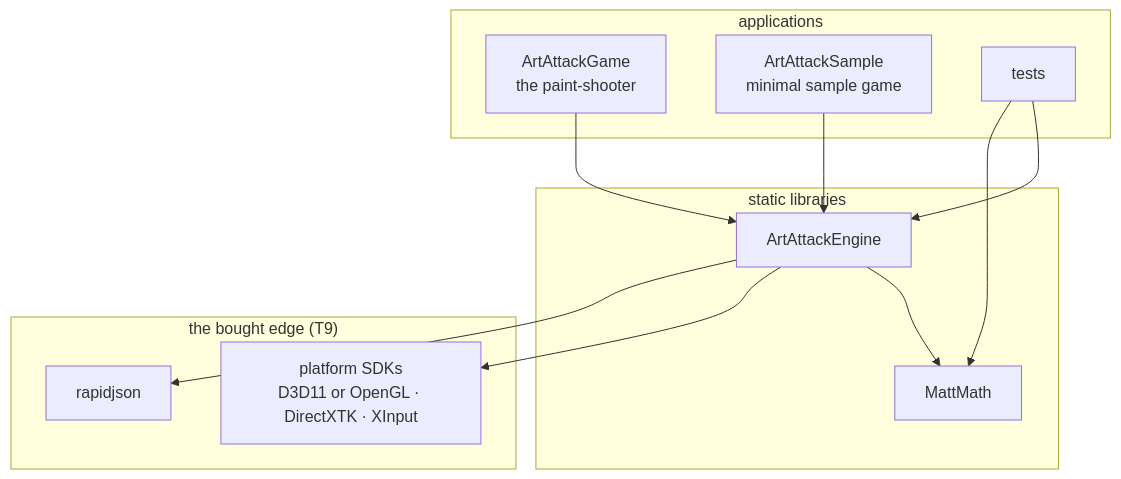
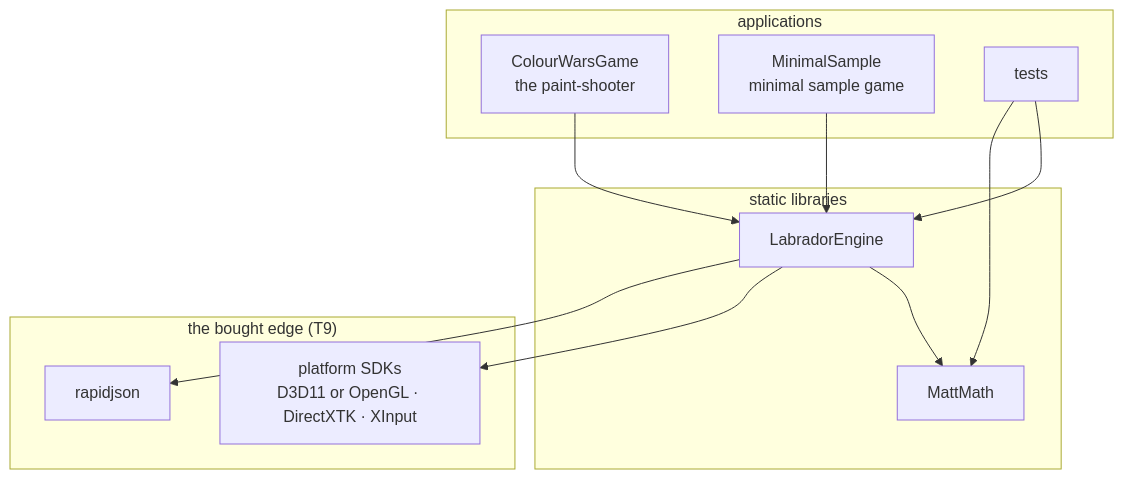
Before and after one commit to matt439/Labrador: the first of 2 diagrams in docs/design/ARCHITECTURE.md, drawn with Mermaid. The commit also changed other lines of this file and 220 other files, not shown here.

````diff
--- a/docs/design/ARCHITECTURE.md
+++ b/docs/design/ARCHITECTURE.md
@@ -43,23 +43,23 @@
 ```mermaid
 flowchart TD
     subgraph apps["applications"]
-        game["ArtAttackGame<br/>the paint-shooter"]
-        sample["ArtAttackSample<br/>minimal sample game"]
+        game["ColourWarsGame<br/>the paint-shooter"]
+        sample["MinimalSample<br/>minimal sample game"]
         tests["tests"]
     end
     subgraph libs["static libraries"]
-        engine["ArtAttackEngine"]
+        engine["LabradorEngine"]
         math["MattMath"]
     end
     subgraph edge["the bought edge (T9)"]
         sdks["platform SDKs<br/>D3D11 or OpenGL · DirectXTK · XInput"]
         rapidjson["rapidjson"]
     end
     game --> engine
     sample --> engine
     tests --> engine
     tests --> math
     engine --> math
     engine --> sdks
     engine --> rapidjson
 ```
````
